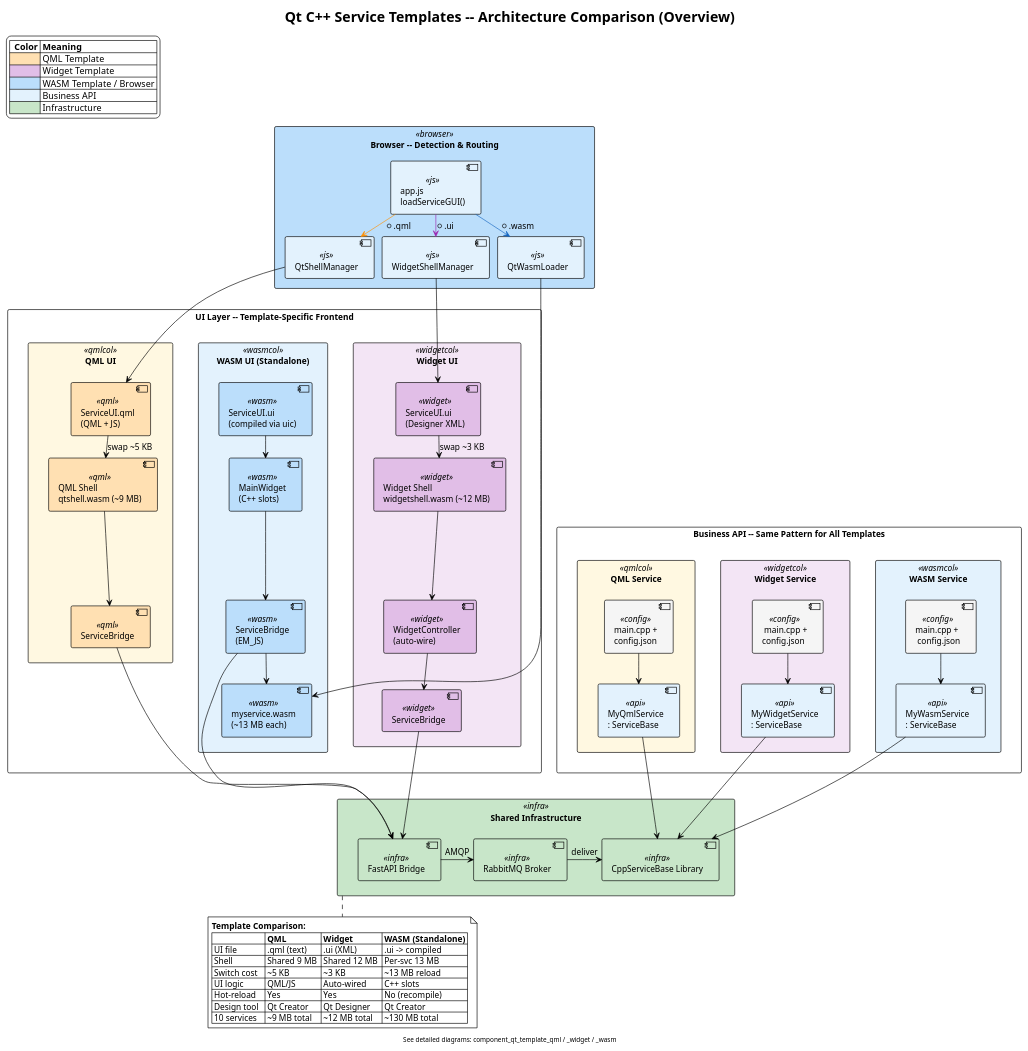
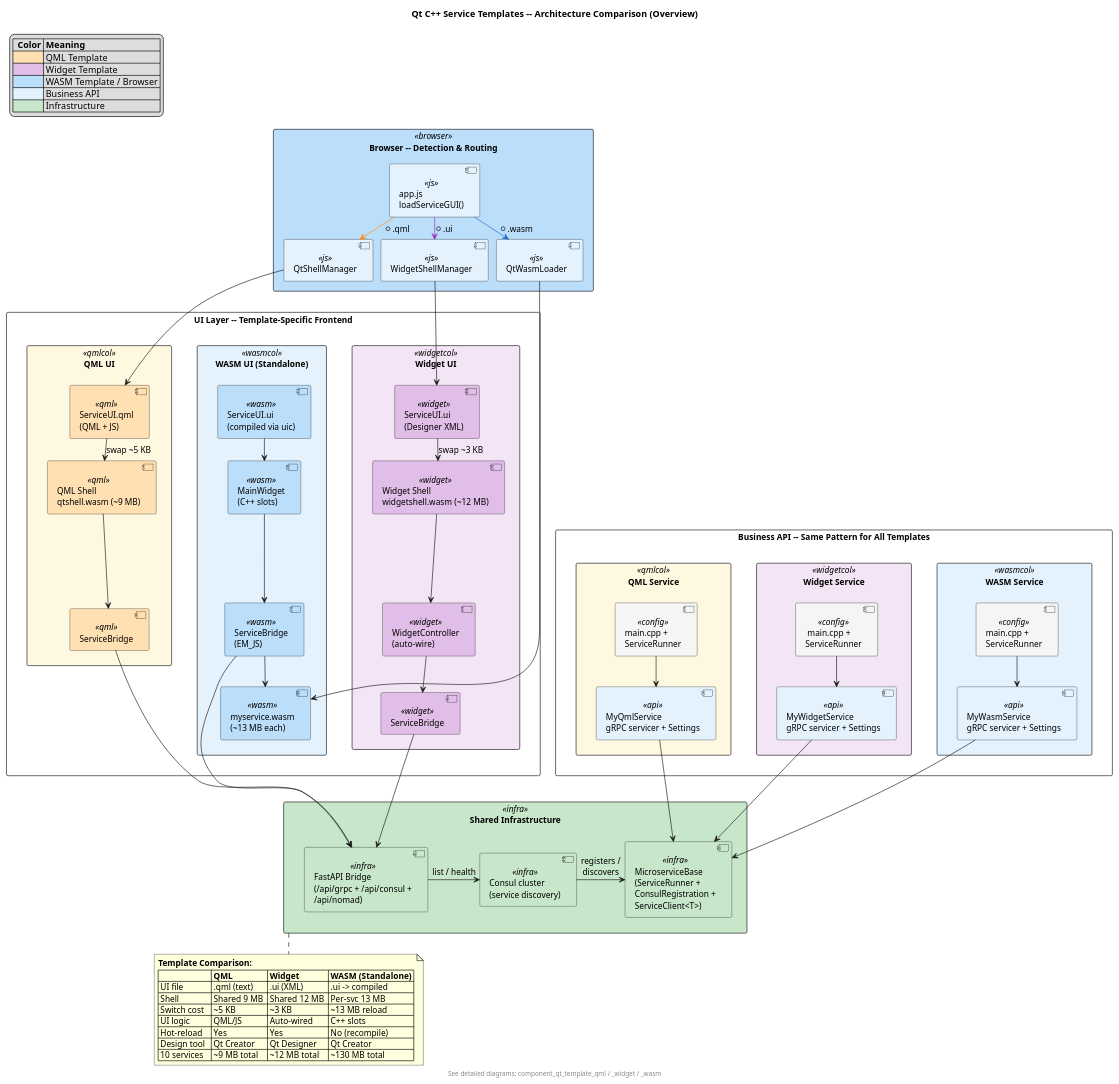
The diagram in docs/diagrams/component_qt_service_templates.puml (test-fullautomation/python-microservice-base), drawn with PlantUML before and after one commit. The commit also changed 104 other files, not shown here.

```diff
--- a/docs/diagrams/component_qt_service_templates.puml
+++ b/docs/diagrams/component_qt_service_templates.puml
@@ -1,164 +1,163 @@
 @startuml component_qt_service_templates
-!theme plain
 title Qt C++ Service Templates -- Architecture Comparison (Overview)
 footer See detailed diagrams: component_qt_template_qml / _widget / _wasm
 
 skinparam defaultFontSize 13
 skinparam rectangle {
     BackgroundColor<<browser>> #BBDEFB
     BackgroundColor<<infra>> #C8E6C9
     BackgroundColor<<qmlcol>> #FFF8E1
     BackgroundColor<<widgetcol>> #F3E5F5
     BackgroundColor<<wasmcol>> #E3F2FD
 }
 skinparam component {
     BackgroundColor<<js>> #E3F2FD
     BackgroundColor<<api>> #E3F2FD
     BackgroundColor<<qml>> #FFE0B2
     BackgroundColor<<widget>> #E1BEE7
     BackgroundColor<<wasm>> #BBDEFB
     BackgroundColor<<infra>> #C8E6C9
     BackgroundColor<<config>> #F5F5F5
 }
 skinparam nodesep 12
 skinparam ranksep 14
 
 legend top left
   |=  Color |= Meaning |
   | <#FFE0B2> | QML Template |
   | <#E1BEE7> | Widget Template |
   | <#BBDEFB> | WASM Template / Browser |
   | <#E3F2FD> | Business API |
   | <#C8E6C9> | Infrastructure |
 endlegend
 
 ' ============================================================================
 ' ROW 1: BROWSER HOST
 ' ============================================================================
 
 rectangle "Browser -- Detection & Routing" <<browser>> as Row1 {
     component "app.js\nloadServiceGUI()" <<js>> as AppJS
     component "QtShellManager" <<js>> as QmlMgr
     component "WidgetShellManager" <<js>> as WidgetMgr
     component "QtWasmLoader" <<js>> as WasmLdr
 
     AppJS -[#FF8F00]-> QmlMgr : *.qml
     AppJS -[#9C27B0]-> WidgetMgr : *.ui
     AppJS -[#1565C0]-> WasmLdr : *.wasm
 }
 
 ' ============================================================================
 ' ROW 2: UI LAYER (three columns)
 ' ============================================================================
 
 rectangle "UI Layer -- Template-Specific Frontend" as Row2 {
 
     rectangle "QML UI" <<qmlcol>> as QmlUI {
         component "ServiceUI.qml\n(QML + JS)" <<qml>> as QmlFile
         component "QML Shell\nqtshell.wasm (~9 MB)" <<qml>> as QmlShell
         component "ServiceBridge" <<qml>> as QmlBridge
 
         QmlFile --> QmlShell : swap ~5 KB
         QmlShell --> QmlBridge
     }
 
     rectangle "Widget UI" <<widgetcol>> as WidgetUI {
         component "ServiceUI.ui\n(Designer XML)" <<widget>> as WidgetFile
         component "Widget Shell\nwidgetshell.wasm (~12 MB)" <<widget>> as WidgetShell
         component "WidgetController\n(auto-wire)" <<widget>> as WidgetCtrl
         component "ServiceBridge" <<widget>> as WidgetBridge
 
         WidgetFile --> WidgetShell : swap ~3 KB
         WidgetShell --> WidgetCtrl
         WidgetCtrl --> WidgetBridge
     }
 
     rectangle "WASM UI (Standalone)" <<wasmcol>> as WasmUI {
         component "ServiceUI.ui\n(compiled via uic)" <<wasm>> as WasmFile
         component "MainWidget\n(C++ slots)" <<wasm>> as WasmWidget
         component "ServiceBridge\n(EM_JS)" <<wasm>> as WasmBridgeComp
         component "myservice.wasm\n(~13 MB each)" <<wasm>> as WasmBinary
 
         WasmFile --> WasmWidget
         WasmWidget --> WasmBridgeComp
         WasmBridgeComp --> WasmBinary
     }
 
     QmlUI -[hidden]right-> WidgetUI
     WidgetUI -[hidden]right-> WasmUI
 }
 
 ' ============================================================================
 ' ROW 3: BUSINESS API (shared pattern)
 ' ============================================================================
 
 rectangle "Business API -- Same Pattern for All Templates" as Row3 {
 
     rectangle " QML Service " <<qmlcol>> as QmlBiz {
-        component "MyQmlService\n: ServiceBase" <<api>> as QmlSvc
-        component "main.cpp +\nconfig.json" <<config>> as QmlMain
+        component "MyQmlService\ngRPC servicer + Settings" <<api>> as QmlSvc
+        component "main.cpp +\nServiceRunner" <<config>> as QmlMain
         QmlMain --> QmlSvc
     }
 
     rectangle " Widget Service " <<widgetcol>> as WidgetBiz {
-        component "MyWidgetService\n: ServiceBase" <<api>> as WidgetSvc
-        component " main.cpp +\nconfig.json" <<config>> as WidgetMain
+        component "MyWidgetService\ngRPC servicer + Settings" <<api>> as WidgetSvc
+        component " main.cpp +\nServiceRunner" <<config>> as WidgetMain
         WidgetMain --> WidgetSvc
     }
 
     rectangle " WASM Service " <<wasmcol>> as WasmBiz {
-        component "MyWasmService\n: ServiceBase" <<api>> as WasmSvc
-        component "main.cpp +\n config.json" <<config>> as WasmMain
+        component "MyWasmService\ngRPC servicer + Settings" <<api>> as WasmSvc
+        component "main.cpp +\nServiceRunner" <<config>> as WasmMain
         WasmMain --> WasmSvc
     }
 
     QmlBiz -[hidden]right-> WidgetBiz
     WidgetBiz -[hidden]right-> WasmBiz
 }
 
 ' ============================================================================
 ' ROW 4: SHARED INFRASTRUCTURE
 ' ============================================================================
 
 rectangle "Shared Infrastructure" <<infra>> as Row4 {
-    component "CppServiceBase Library" <<infra>> as CppLib
-    component "FastAPI Bridge" <<infra>> as FastAPI
-    component "RabbitMQ Broker" <<infra>> as RMQ
+    component "MicroserviceBase\n(ServiceRunner +\nConsulRegistration +\nServiceClient<T>)" <<infra>> as CppLib
+    component "FastAPI Bridge\n(/api/grpc + /api/consul +\n/api/nomad)" <<infra>> as FastAPI
+    component "Consul cluster\n(service discovery)" <<infra>> as Consul
 
-    FastAPI -right-> RMQ : AMQP
-    RMQ -right-> CppLib : deliver
+    FastAPI -right-> Consul : list / health
+    Consul -right-> CppLib : registers /\ndiscovers
 }
 
 ' ============================================================================
 ' CROSS-ROW CONNECTIONS
 ' ============================================================================
 
 QmlMgr --> QmlFile
 WidgetMgr --> WidgetFile
 WasmLdr --> WasmBinary
 
 QmlBridge --> FastAPI
 WidgetBridge --> FastAPI
 WasmBridgeComp --> FastAPI
 
 QmlSvc --> CppLib
 WidgetSvc --> CppLib
 WasmSvc --> CppLib
 
 ' ============================================================================
 ' COMPARISON TABLE
 ' ============================================================================
 
 note bottom of Row4
   **Template Comparison:**
   |=              |= QML         |= Widget       |= WASM (Standalone) |
   | UI file       | .qml (text)  | .ui (XML)     | .ui -> compiled     |
   | Shell         | Shared 9 MB  | Shared 12 MB  | Per-svc 13 MB       |
   | Switch cost   | ~5 KB        | ~3 KB         | ~13 MB reload       |
   | UI logic      | QML/JS       | Auto-wired    | C++ slots           |
   | Hot-reload    | Yes          | Yes           | No (recompile)      |
   | Design tool   | Qt Creator   | Qt Designer   | Qt Creator          |
   | 10 services   | ~9 MB total  | ~12 MB total  | ~130 MB total       |
 end note
 
 @enduml
```
